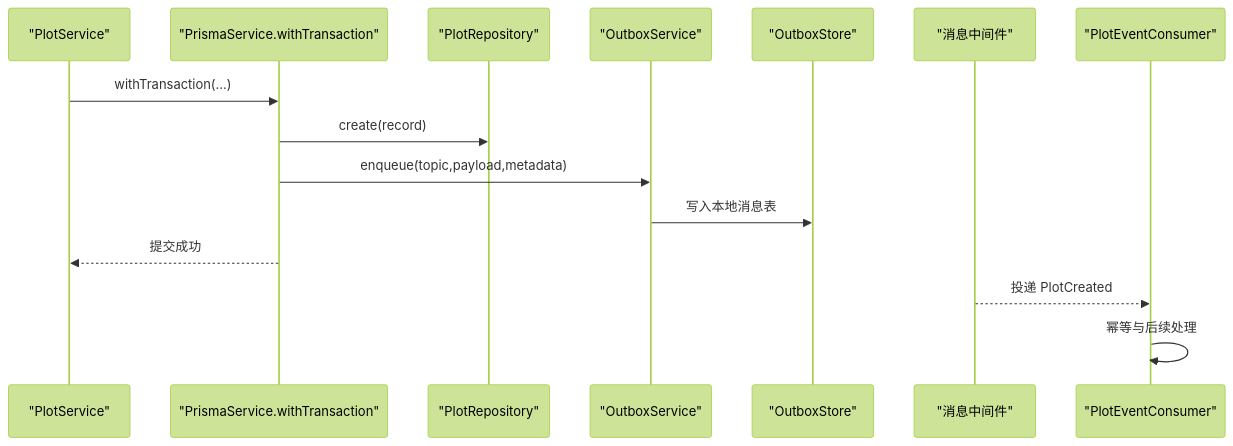
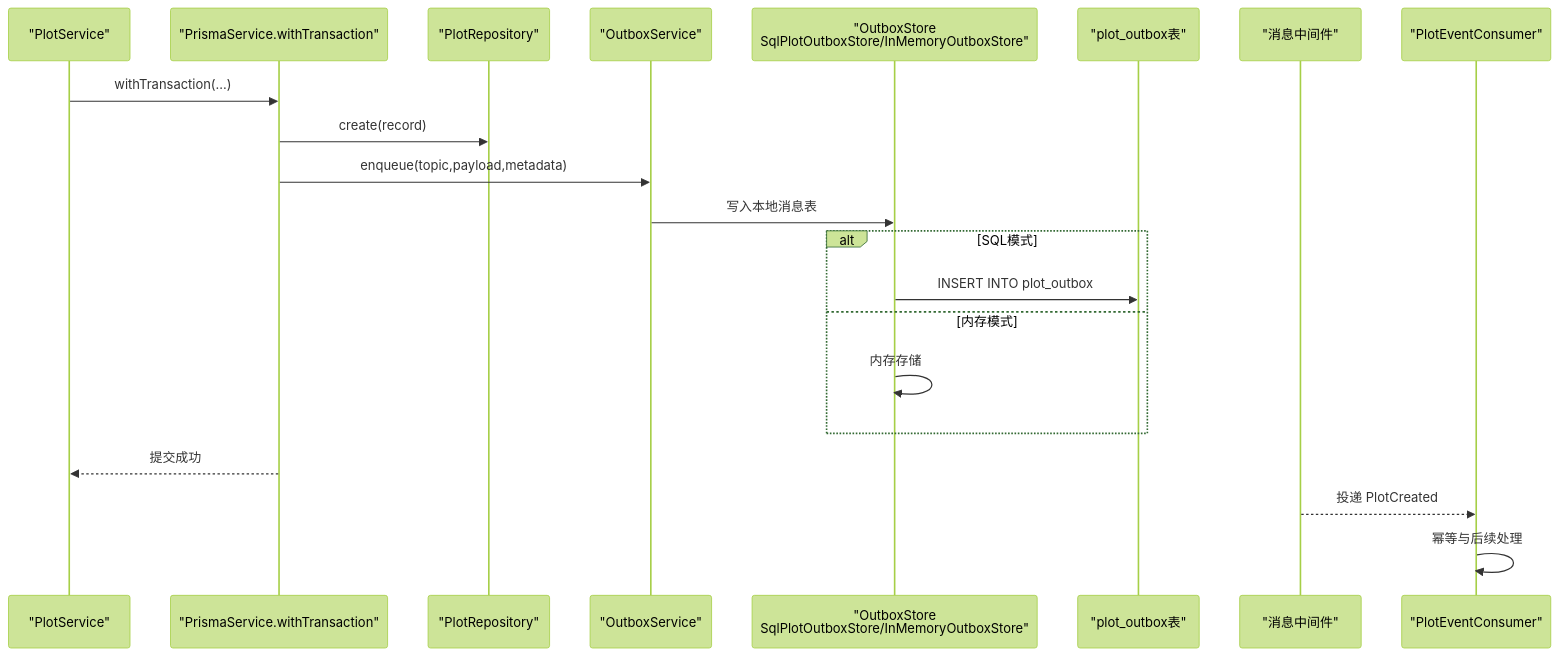
Diagram 13 of 14 in .qoder/repowiki/zh/content/核心服务文档/地块管理服务.md (q446328246/agri-platform), drawn with Mermaid (forest theme) before and after one commit. The commit also changed other lines of this file and 52 other files, not shown here.

````diff
--- a/.qoder/repowiki/zh/content/核心服务文档/地块管理服务.md
+++ b/.qoder/repowiki/zh/content/核心服务文档/地块管理服务.md
@@ -501,17 +847,23 @@
 ```mermaid
 sequenceDiagram
 participant Service as "PlotService"
 participant Tx as "PrismaService.withTransaction"
 participant Repo as "PlotRepository"
 participant Outbox as "OutboxService"
-participant Store as "OutboxStore"
+participant Store as "OutboxStore<br/>SqlPlotOutboxStore/InMemoryOutboxStore"
+participant DB as "plot_outbox表"
 participant Broker as "消息中间件"
 participant Consumer as "PlotEventConsumer"
 Service->>Tx : withTransaction(...)
 Tx->>Repo : create(record)
 Tx->>Outbox : enqueue(topic,payload,metadata)
 Outbox->>Store : 写入本地消息表
+alt SQL模式
+Store->>DB : INSERT INTO plot_outbox
+else 内存模式
+Store->>Store : 内存存储
+end
 Tx-->>Service : 提交成功
 Broker-->>Consumer : 投递 PlotCreated
 Consumer->>Consumer : 幂等与后续处理
 ```
````
